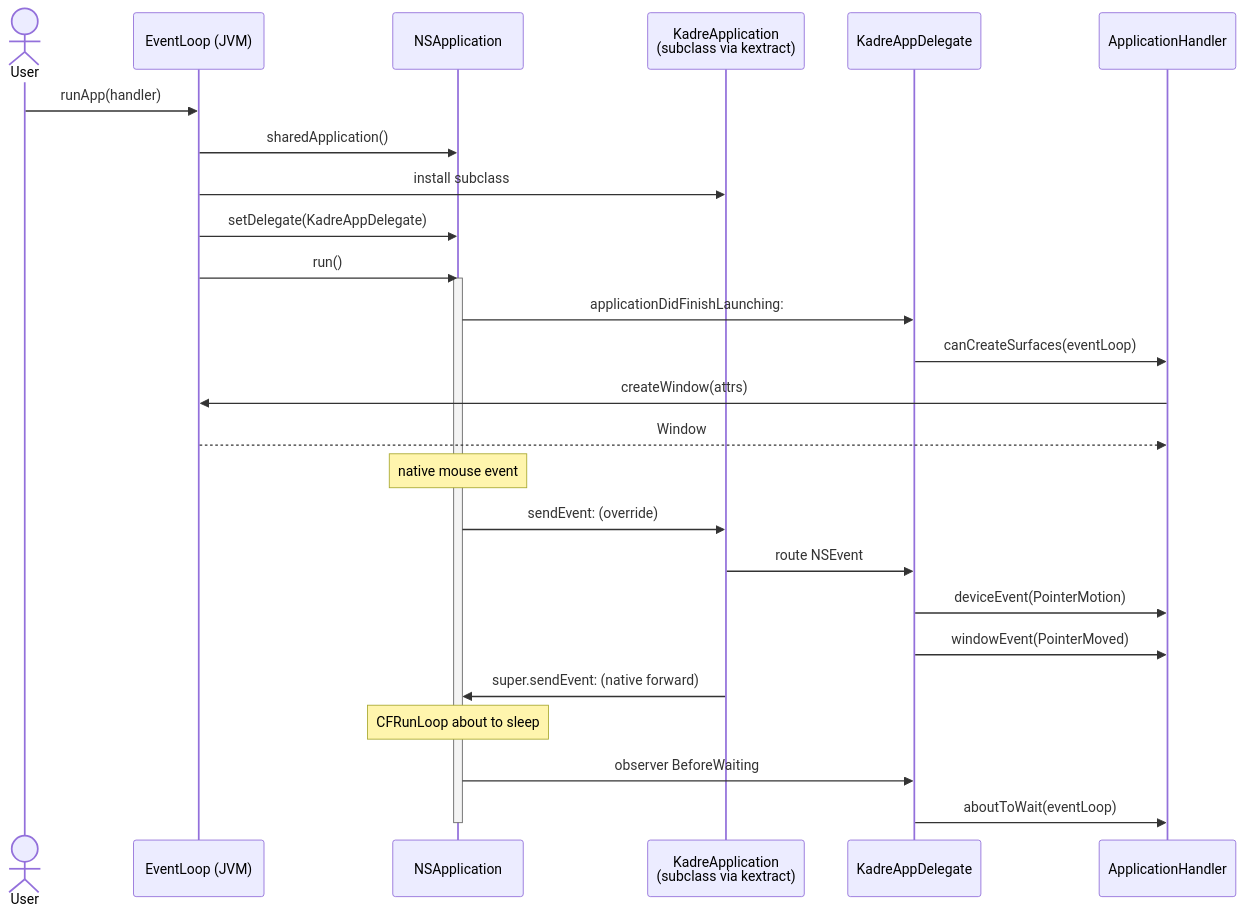
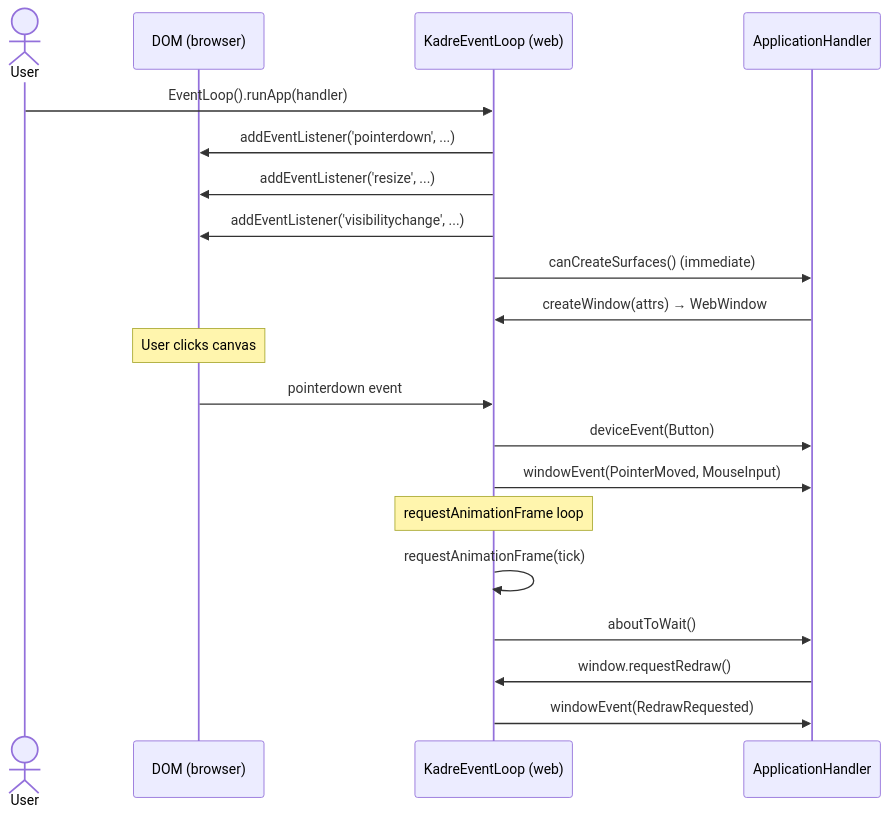
One commit to klang-toolkit/kextract changed the second of 4 diagrams in docs/kadre/specs.md. Above: the diagram before and after it, drawn with Mermaid. The commit also changed other lines of this file and 132 other files, not shown here.

````diff
--- a/docs/kadre/specs.md
+++ b/docs/kadre/specs.md
@@ -292,34 +178,25 @@
 ```mermaid
 sequenceDiagram
     actor User
-    participant EL as EventLoop (JVM)
-    participant NSApp as NSApplication
-    participant KApp as KadreApplication<br/>(subclass via kextract)
-    participant Delegate as KadreAppDelegate
+    participant DOM as DOM (browser)
+    participant EL as KadreEventLoop (web)
     participant Handler as ApplicationHandler
 
-    User->>EL: runApp(handler)
-    EL->>NSApp: sharedApplication()
-    EL->>KApp: install subclass
-    EL->>NSApp: setDelegate(KadreAppDelegate)
-    EL->>NSApp: run()
-    activate NSApp
+    User->>EL: EventLoop().runApp(handler)
+    EL->>DOM: addEventListener('pointerdown', ...)
+    EL->>DOM: addEventListener('resize', ...)
+    EL->>DOM: addEventListener('visibilitychange', ...)
+    EL->>Handler: canCreateSurfaces() (immediate)
+    Handler->>EL: createWindow(attrs) → WebWindow
 
-    NSApp->>Delegate: applicationDidFinishLaunching:
-    Delegate->>Handler: canCreateSurfaces(eventLoop)
-    Handler->>EL: createWindow(attrs)
-    EL-->>Handler: Window
+    Note over DOM: User clicks canvas
+    DOM->>EL: pointerdown event
+    EL->>Handler: deviceEvent(Button)
+    EL->>Handler: windowEvent(PointerMoved, MouseInput)
 
-    Note over NSApp: native mouse event
-    NSApp->>KApp: sendEvent: (override)
-    KApp->>Delegate: route NSEvent
-    Delegate->>Handler: deviceEvent(PointerMotion)
-    Delegate->>Handler: windowEvent(PointerMoved)
-    KApp->>NSApp: super.sendEvent: (native forward)
-
-    Note over NSApp: CFRunLoop about to sleep
-    NSApp->>Delegate: observer BeforeWaiting
-    Delegate->>Handler: aboutToWait(eventLoop)
-
-    deactivate NSApp
+    Note over EL: requestAnimationFrame loop
+    EL->>EL: requestAnimationFrame(tick)
+    EL->>Handler: aboutToWait()
+    Handler->>EL: window.requestRedraw()
+    EL->>Handler: windowEvent(RedrawRequested)
 ```
````
